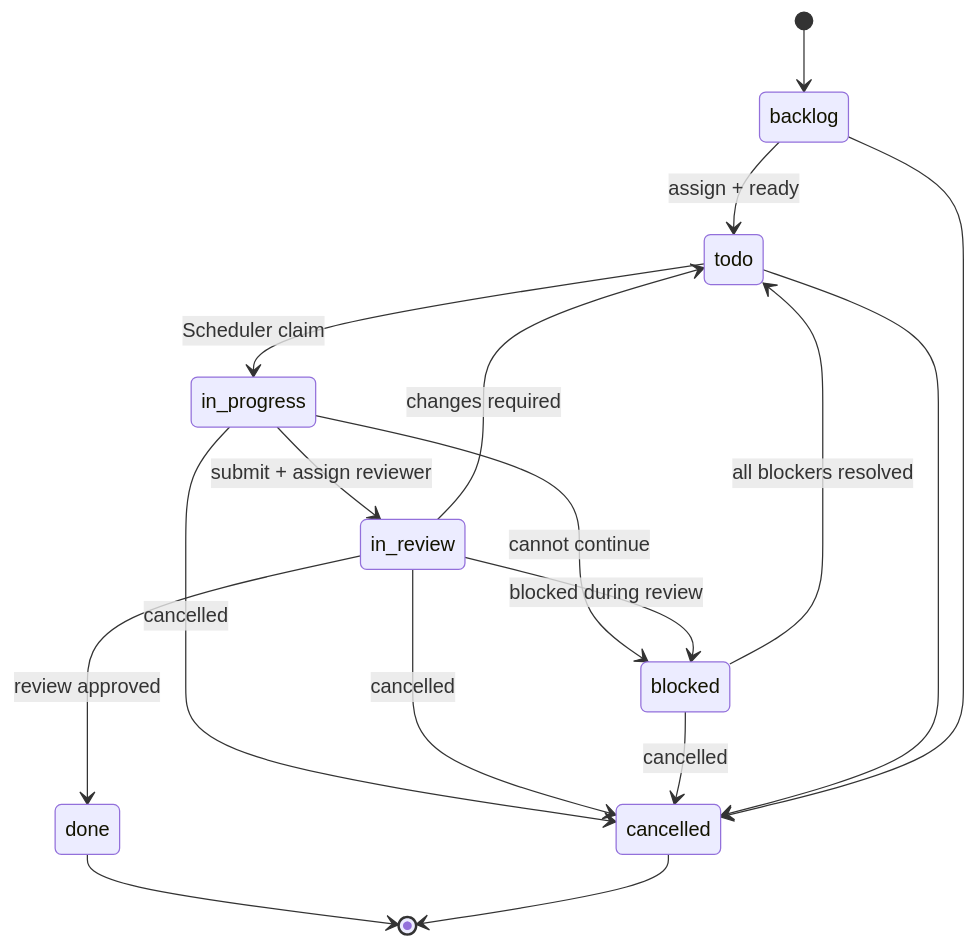
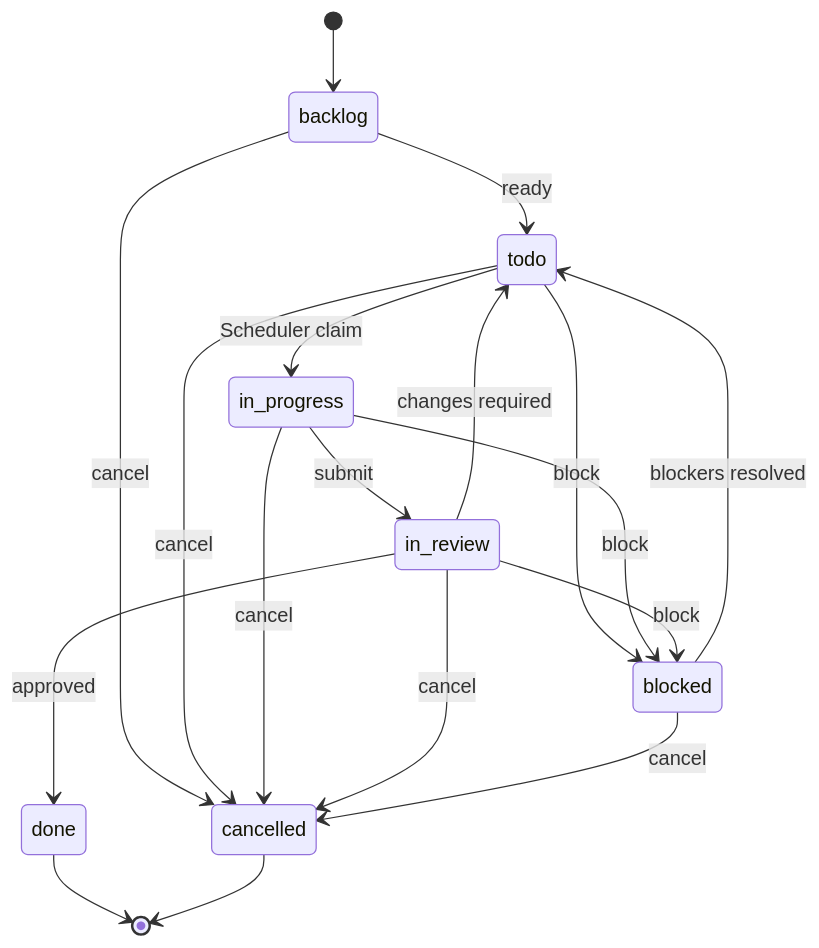
The second of 2 diagrams in docs/architecture/project-work-management/README.md (LunaDeerTech/agenteam), drawn with Mermaid before and after one commit. The commit also changed other lines of this file and 16 other files, not shown here.

````diff
--- a/docs/architecture/project-work-management/README.md
+++ b/docs/architecture/project-work-management/README.md
@@ -169,25 +142,20 @@
 ```mermaid
 stateDiagram-v2
     [*] --> backlog
-
-    backlog --> todo: assign + ready
+    backlog --> todo: ready
+    backlog --> cancelled: cancel
     todo --> in_progress: Scheduler claim
-
-    in_progress --> in_review: submit + assign reviewer
-    in_progress --> blocked: cannot continue
-    in_progress --> cancelled: cancelled
-
-    in_review --> done: review approved
+    todo --> blocked: block
+    todo --> cancelled: cancel
+    in_progress --> in_review: submit
+    in_progress --> blocked: block
+    in_progress --> cancelled: cancel
+    in_review --> done: approved
     in_review --> todo: changes required
-    in_review --> blocked: blocked during review
-    in_review --> cancelled: cancelled
-
-    blocked --> todo: all blockers resolved
-    blocked --> cancelled: cancelled
-
-    todo --> cancelled
-    backlog --> cancelled
-
+    in_review --> blocked: block
+    in_review --> cancelled: cancel
+    blocked --> todo: blockers resolved
+    blocked --> cancelled: cancel
     done --> [*]
     cancelled --> [*]
 ```
````
